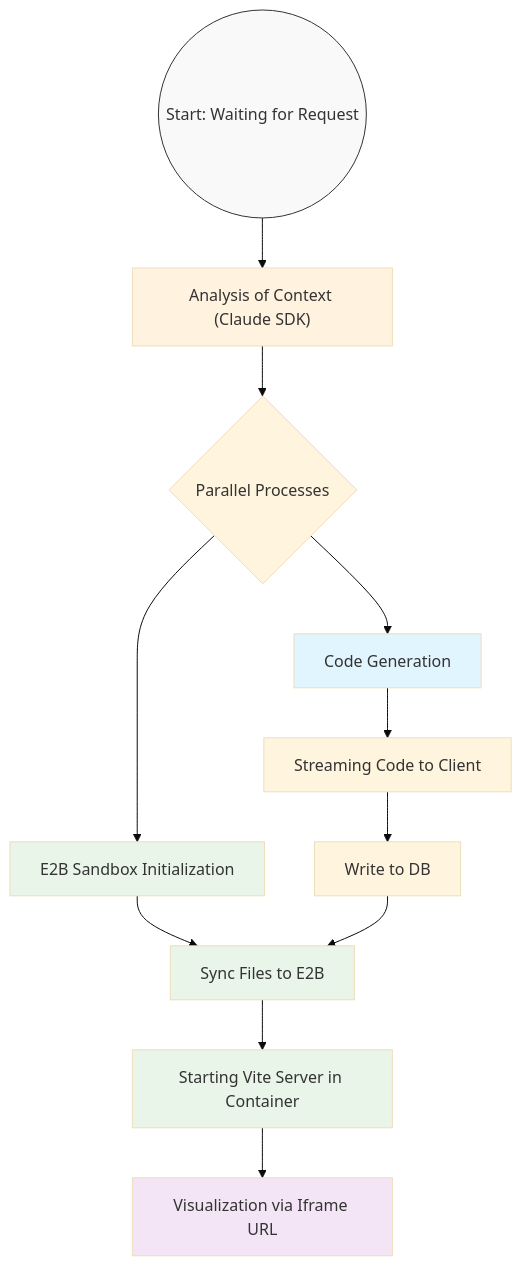
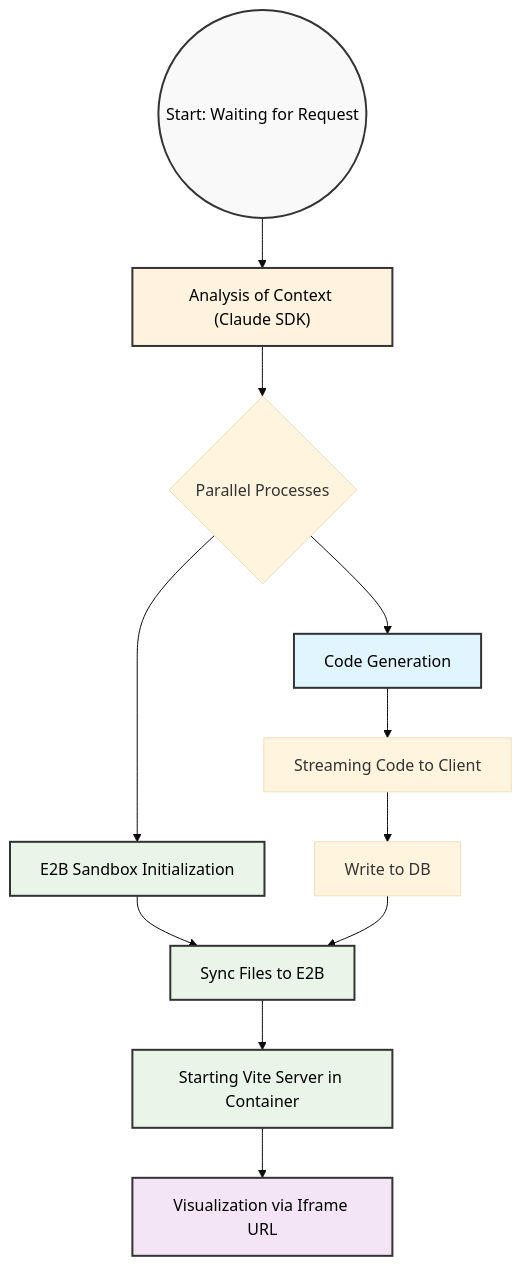
One commit to Flychuban/Stryama changed the fourth of 5 diagrams in docs/architecture.md. Above: the diagram before and after it, drawn with Mermaid (base theme). The commit also changed other lines of this file, not shown here.

First line of the commit message:
Enhance architecture documentation with improved diagram styles

````diff
--- a/docs/architecture.md
+++ b/docs/architecture.md
@@ -299,25 +299,25 @@
 ```mermaid
 graph TD
     Start(("Start: Waiting for Request")) --> Analysis["Analysis of Context (Claude SDK)"]
     Analysis --> Parallel{Parallel Processes}
 
     Parallel --> CodeGen[Code Generation]
     Parallel --> E2BInit[E2B Sandbox Initialization]
 
     CodeGen --> Stream[Streaming Code to Client]
     Stream --> DBWrite[Write to DB]
 
     E2BInit --> Sync[Sync Files to E2B]
     DBWrite --> Sync
 
     Sync --> Vite[Starting Vite Server in Container]
     Vite --> Iframe[Visualization via Iframe URL]
 
-    style Start fill:#f9f9f9,stroke:#333
-    style Analysis fill:#fff3e0
-    style CodeGen fill:#e1f5fe
-    style E2BInit fill:#e8f5e8
-    style Sync fill:#e8f5e8
-    style Vite fill:#e8f5e8
-    style Iframe fill:#f3e5f5
+    style Start fill:#f9f9f9,stroke:#333,stroke-width:2px,color:#000
+    style Analysis fill:#fff3e0,stroke:#333,stroke-width:2px,color:#000
+    style CodeGen fill:#e1f5fe,stroke:#333,stroke-width:2px,color:#000
+    style E2BInit fill:#e8f5e8,stroke:#333,stroke-width:2px,color:#000
+    style Sync fill:#e8f5e8,stroke:#333,stroke-width:2px,color:#000
+    style Vite fill:#e8f5e8,stroke:#333,stroke-width:2px,color:#000
+    style Iframe fill:#f3e5f5,stroke:#333,stroke-width:2px,color:#000
 ```
````
